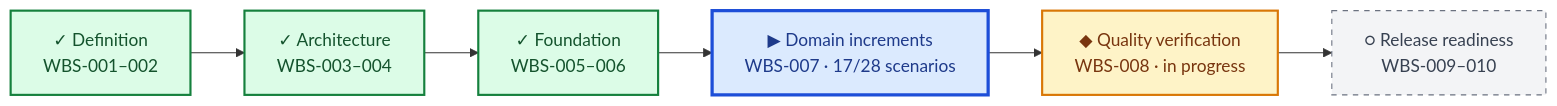
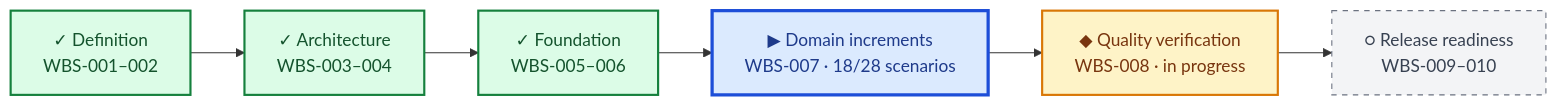
The diagram in DASHBOARD/PROGRESS.md (stoarch/testA2), drawn with Mermaid before and after one commit. The commit also changed other lines of this file and 23 other files, not shown here.

````diff
--- a/DASHBOARD/PROGRESS.md
+++ b/DASHBOARD/PROGRESS.md
@@ -7,17 +7,17 @@
 ```mermaid
 flowchart LR
     M1["✓ Definition<br/>WBS-001–002"] --> M2["✓ Architecture<br/>WBS-003–004"]
     M2 --> M3["✓ Foundation<br/>WBS-005–006"]
-    M3 --> M4["▶ Domain increments<br/>WBS-007 · 17/28 scenarios"]
+    M3 --> M4["▶ Domain increments<br/>WBS-007 · 18/28 scenarios"]
     M4 --> M5["◆ Quality verification<br/>WBS-008 · in progress"]
     M5 --> M6["○ Release readiness<br/>WBS-009–010"]
 
     classDef done fill:#dcfce7,stroke:#15803d,color:#14532d,stroke-width:2px;
     classDef active fill:#dbeafe,stroke:#1d4ed8,color:#1e3a8a,stroke-width:3px;
     classDef parallel fill:#fef3c7,stroke:#d97706,color:#78350f,stroke-width:2px;
     classDef planned fill:#f3f4f6,stroke:#6b7280,color:#374151,stroke-dasharray:5 5;
     class M1,M2,M3 done;
     class M4 active;
     class M5 parallel;
     class M6 planned;
 ```
````
